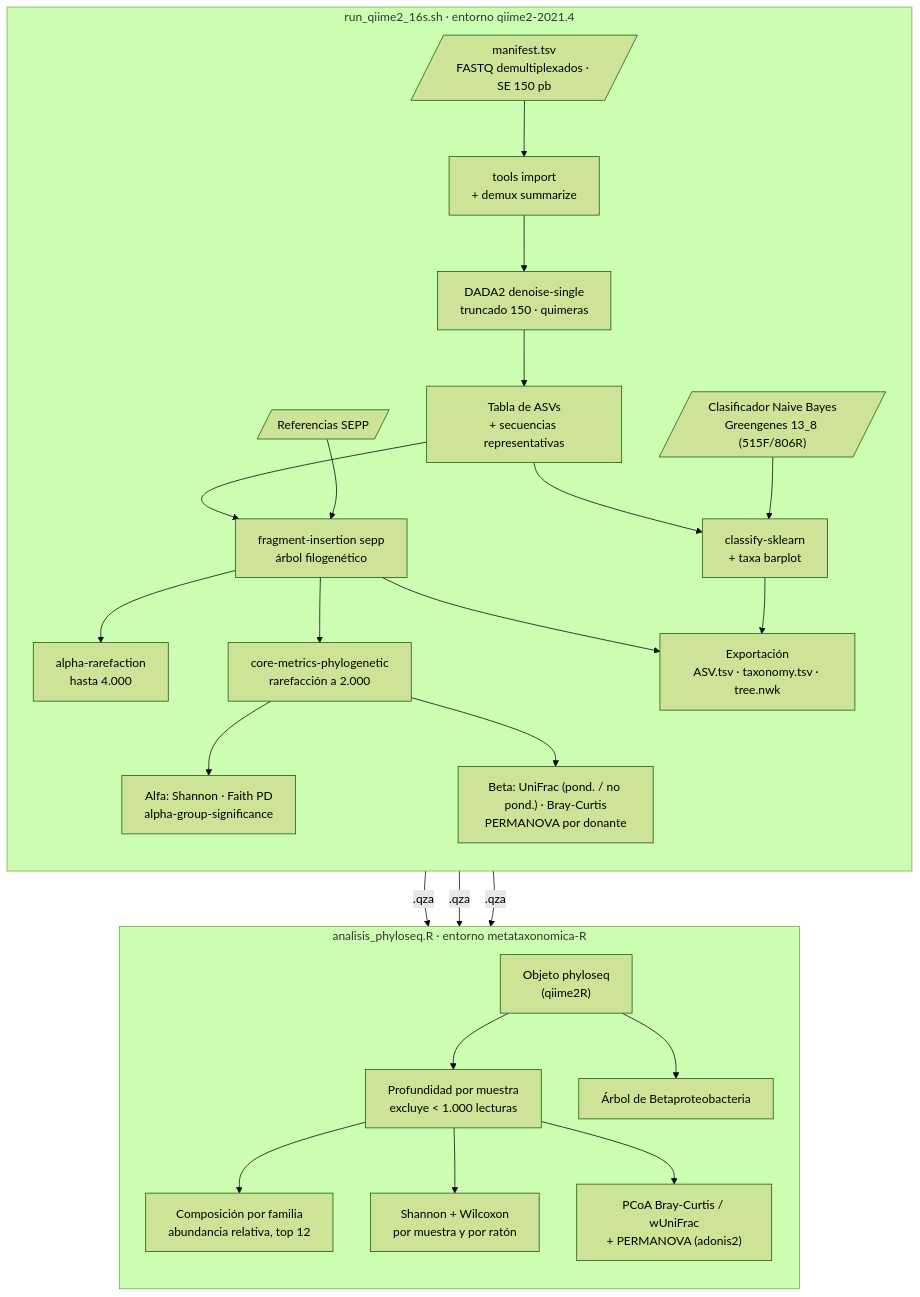
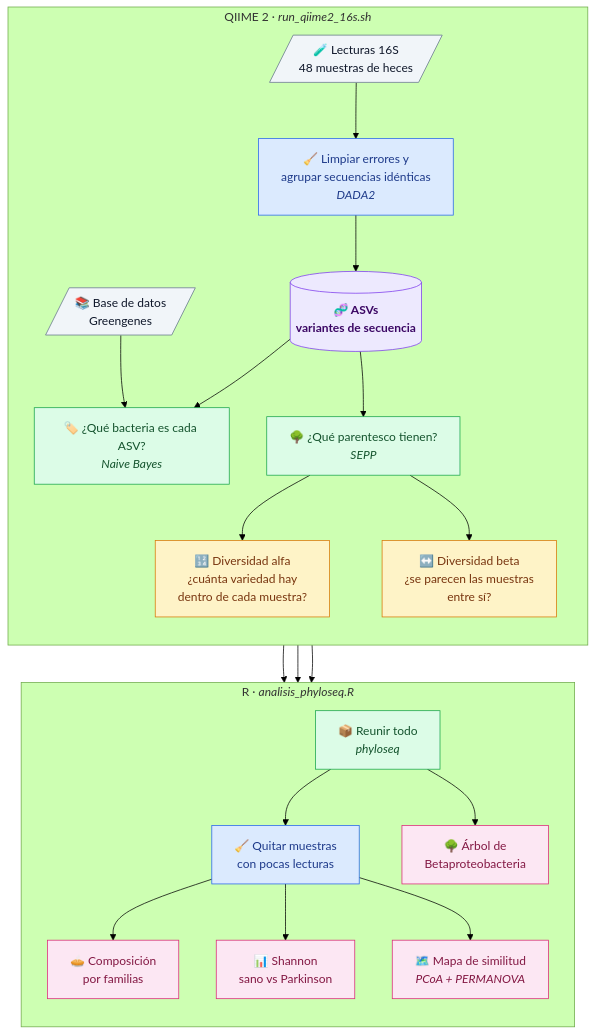
One commit to AndoniM12/ngs-pipelines changed the seventh of 8 diagrams in README.md. Above: the diagram before and after it, drawn with Mermaid (forest theme). The commit also changed other lines of this file, not shown here.

First line of the commit message:
Diagramas más visuales en el README y nota sobre emrD

````diff
--- a/README.md
+++ b/README.md
@@ -465,30 +551,37 @@
 ```mermaid
 flowchart TD
-    subgraph Q["run_qiime2_16s.sh · entorno qiime2-2021.4"]
+    subgraph Q["QIIME 2 · <i>run_qiime2_16s.sh</i>"]
         direction TB
-        MF[/"manifest.tsv<br/>FASTQ demultiplexados · SE 150 pb"/] --> IM["tools import<br/>+ demux summarize"]
-        IM --> DD["DADA2 denoise-single<br/>truncado 150 · quimeras"]
-        DD --> ASV["Tabla de ASVs<br/>+ secuencias representativas"]
-        CL[/"Clasificador Naive Bayes<br/>Greengenes 13_8 (515F/806R)"/] --> TX["classify-sklearn<br/>+ taxa barplot"]
-        ASV --> TX
-        SR[/"Referencias SEPP"/] --> SE["fragment-insertion sepp<br/>árbol filogenético"]
-        ASV --> SE
-        SE --> AR["alpha-rarefaction<br/>hasta 4.000"]
-        SE --> CM["core-metrics-phylogenetic<br/>rarefacción a 2.000"]
-        CM --> AG["Alfa: Shannon · Faith PD<br/>alpha-group-significance"]
-        CM --> BG["Beta: UniFrac (pond. / no pond.) · Bray-Curtis<br/>PERMANOVA por donante"]
-        TX --> EX["Exportación<br/>ASV.tsv · taxonomy.tsv · tree.nwk"]
-        SE --> EX
+        MF[/"🧪 Lecturas 16S<br/>48 muestras de heces"/] --> DD["🧹 Limpiar errores y<br/>agrupar secuencias idénticas<br/><i>DADA2</i>"]
+        DD --> ASV[("🧬 ASVs<br/>variantes de secuencia")]
+        CL[/"📚 Base de datos<br/>Greengenes"/] --> TX
+        ASV --> TX["🏷️ ¿Qué bacteria es cada ASV?<br/><i>Naive Bayes</i>"]
+        ASV --> SE["🌳 ¿Qué parentesco tienen?<br/><i>SEPP</i>"]
+        SE --> AL["🔢 Diversidad alfa<br/>¿cuánta variedad hay<br/>dentro de cada muestra?"]
+        SE --> BE["↔️ Diversidad beta<br/>¿se parecen las muestras<br/>entre sí?"]
     end
 
-    subgraph RR["analisis_phyloseq.R · entorno metataxonomica-R"]
+    subgraph RR["R · <i>analisis_phyloseq.R</i>"]
         direction TB
-        PS["Objeto phyloseq<br/>(qiime2R)"] --> DP["Profundidad por muestra<br/>excluye &lt; 1.000 lecturas"]
-        DP --> FA["Composición por familia<br/>abundancia relativa, top 12"]
-        DP --> AL["Shannon + Wilcoxon<br/>por muestra y por ratón"]
-        DP --> BE["PCoA Bray-Curtis / wUniFrac<br/>+ PERMANOVA (adonis2)"]
-        PS --> TR["Árbol de Betaproteobacteria"]
+        PS["📦 Reunir todo<br/><i>phyloseq</i>"] --> DP["🧹 Quitar muestras<br/>con pocas lecturas"]
+        DP --> FA["🥧 Composición<br/>por familias"]
+        DP --> SH["📊 Shannon<br/>sano vs Parkinson"]
+        DP --> PC["🗺️ Mapa de similitud<br/><i>PCoA + PERMANOVA</i>"]
+        PS --> TR["🌳 Árbol de<br/>Betaproteobacteria"]
     end
 
-    ASV & TX & SE -- ".qza" --> PS
+    ASV & TX & SE --> PS
+
+    class MF,CL dato
+    class DD,DP qc
+    class TX,SE,PS proc
+    class AL,BE ana
+    class FA,SH,PC,TR inter
+    class ASV res
+    classDef dato fill:#f1f5f9,stroke:#64748b,color:#0f172a
+    classDef qc fill:#dbeafe,stroke:#2563eb,color:#1e3a8a
+    classDef proc fill:#dcfce7,stroke:#16a34a,color:#14532d
+    classDef ana fill:#fef3c7,stroke:#d97706,color:#78350f
+    classDef inter fill:#fce7f3,stroke:#db2777,color:#831843
+    classDef res fill:#ede9fe,stroke:#7c3aed,color:#3b0764,font-weight:bold
 ```
````
